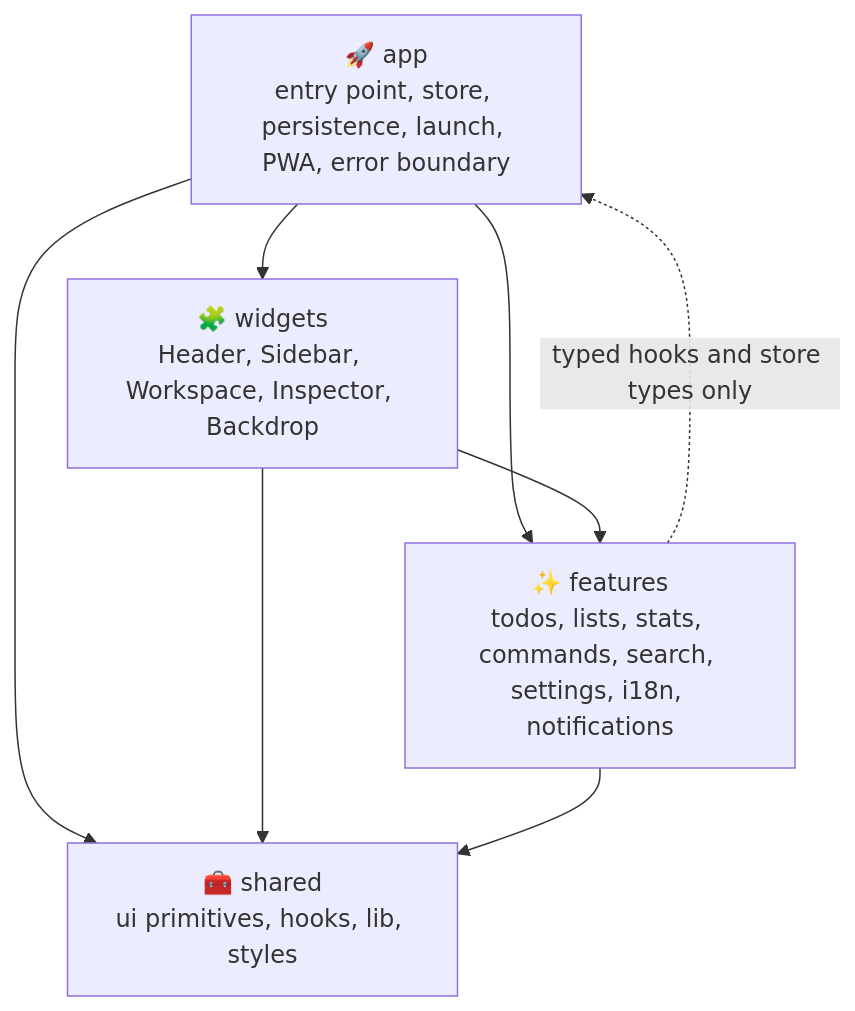
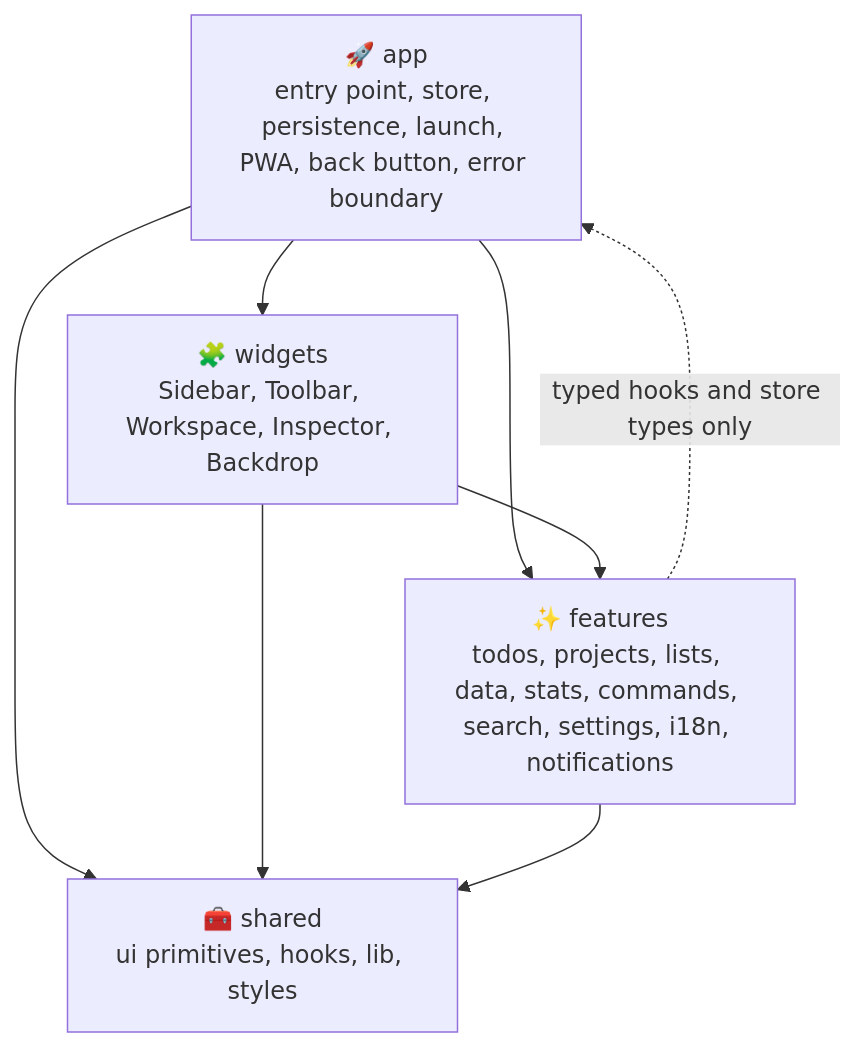
One commit to sacrificed666/react-todo-app changed the first of 10 diagrams in docs/architecture.md. Above: the diagram before and after it, drawn with Mermaid. The commit also changed other lines of this file and 173 other files, not shown here.

````diff
--- a/docs/architecture.md
+++ b/docs/architecture.md
@@ -20,15 +20,15 @@
 ```mermaid
 flowchart TB
-  app["🚀 app<br/>entry point, store, persistence, launch, PWA, error boundary"]
-  widgets["🧩 widgets<br/>Header, Sidebar, Workspace, Inspector, Backdrop"]
-  features["✨ features<br/>todos, lists, stats, commands, search, settings, i18n, notifications"]
+  app["🚀 app<br/>entry point, store, persistence, launch, PWA, back button, error boundary"]
+  widgets["🧩 widgets<br/>Sidebar, Toolbar, Workspace, Inspector, Backdrop"]
+  features["✨ features<br/>todos, projects, lists, data, stats, commands, search, settings, i18n, notifications"]
   shared["🧰 shared<br/>ui primitives, hooks, lib, styles"]
 
   app --> widgets
   app --> features
   app --> shared
   widgets --> features
   widgets --> shared
   features --> shared
   features -. "typed hooks and store types only" .-> app
 ```
````
